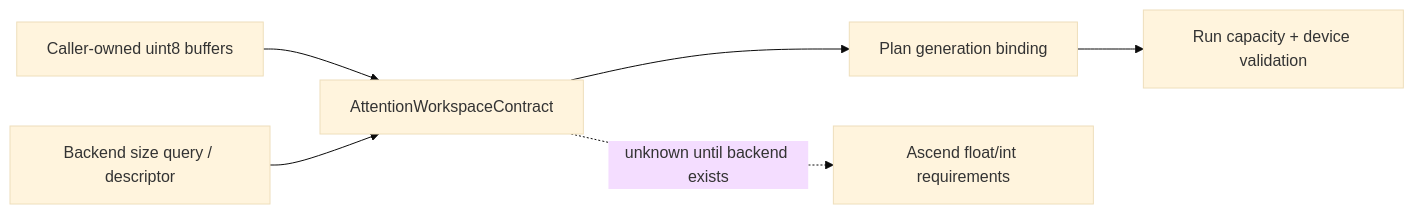
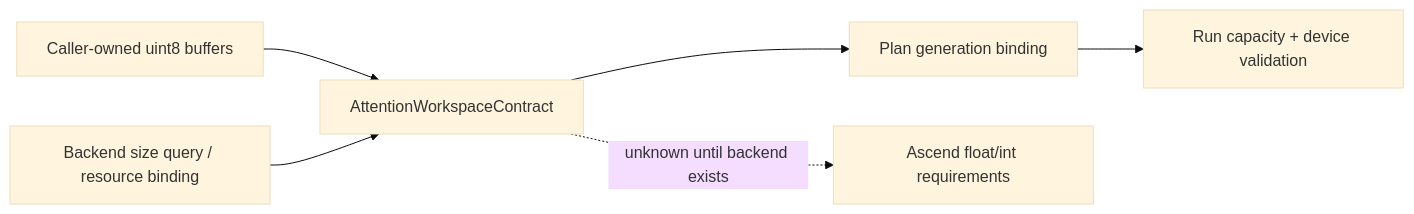
One commit to Monologue815/flashinfer-npu changed the first of 2 diagrams in docs/attention_workspace.md. Above: the diagram before and after it, drawn with Mermaid (base theme). The commit also changed other lines of this file and 15 other files, not shown here.

````diff
--- a/docs/attention_workspace.md
+++ b/docs/attention_workspace.md
@@ -17,8 +19,8 @@
 ```mermaid
 flowchart LR
     B["Caller-owned uint8 buffers"] --> C["AttentionWorkspaceContract"]
-    D["Backend size query / descriptor"] --> C
+    D["Backend size query / resource binding"] --> C
     C --> P["Plan generation binding"]
     P --> R["Run capacity + device validation"]
     C -. "unknown until backend exists" .-> N["Ascend float/int requirements"]
 ```
````
